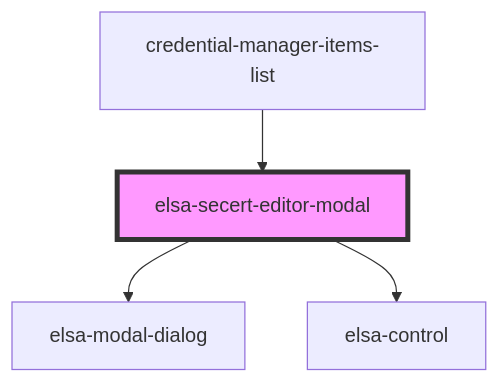
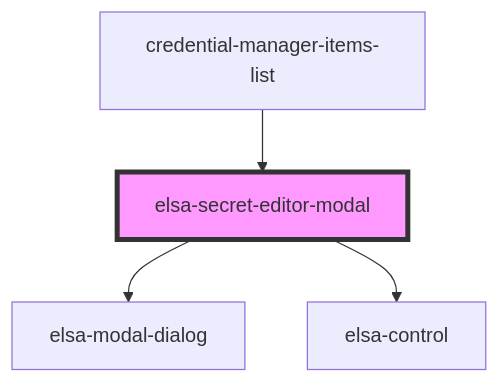
The diagram in src/designer/elsa-workflows-studio/src/modules/credential-manager/elsa-secret-editor-model/readme.md (elsa-workflows/elsa-core), drawn with Mermaid before and after one commit. The commit also changed 17 other files, not shown here.

````diff
--- a/src/designer/elsa-workflows-studio/src/modules/credential-manager/elsa-secret-editor-model/readme.md
+++ b/src/designer/elsa-workflows-studio/src/modules/credential-manager/elsa-secret-editor-model/readme.md
@@ -27,7 +27,7 @@
 ```mermaid
 graph TD;
-  elsa-secert-editor-modal --> elsa-modal-dialog
-  elsa-secert-editor-modal --> elsa-control
-  credential-manager-items-list --> elsa-secert-editor-modal
-  style elsa-secert-editor-modal fill:#f9f,stroke:#333,stroke-width:4px
+  elsa-secret-editor-modal --> elsa-modal-dialog
+  elsa-secret-editor-modal --> elsa-control
+  credential-manager-items-list --> elsa-secret-editor-modal
+  style elsa-secret-editor-modal fill:#f9f,stroke:#333,stroke-width:4px
 ```
````
